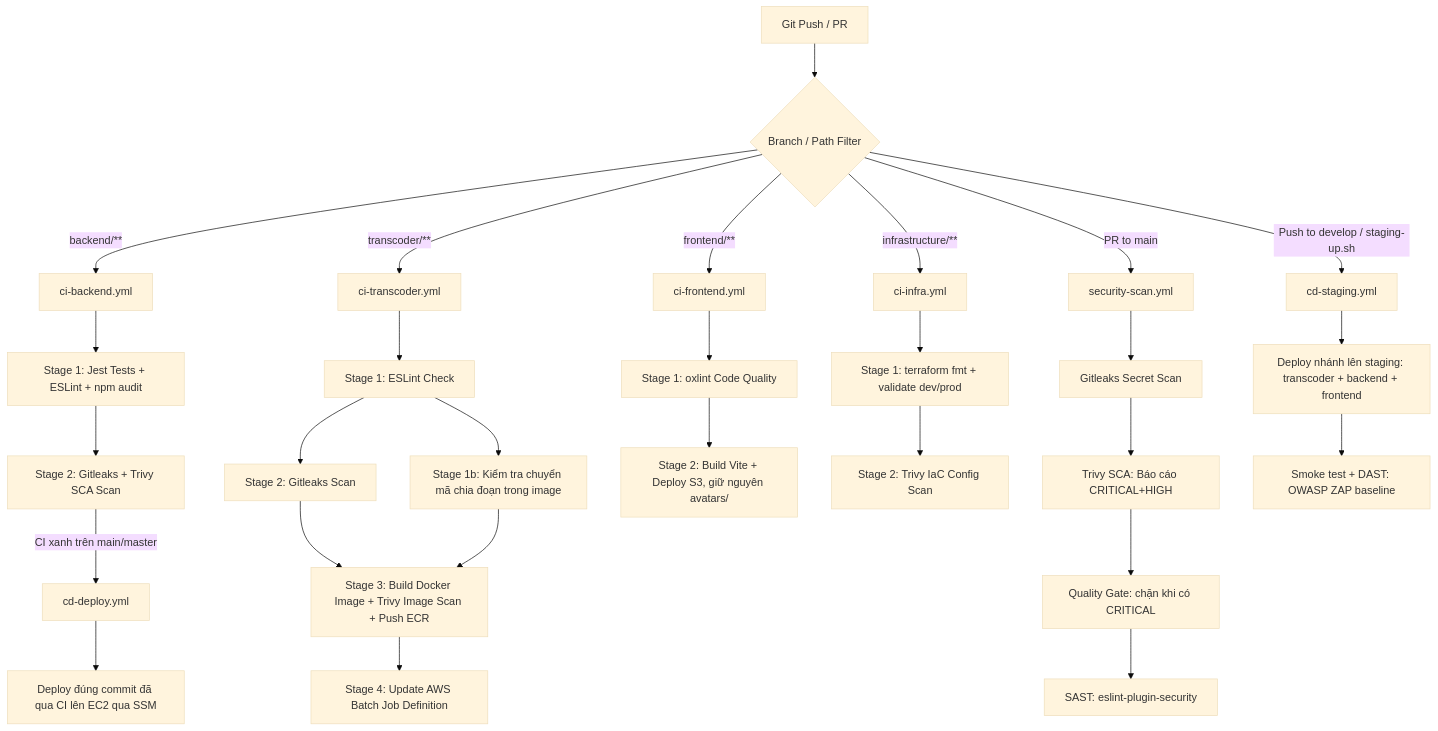
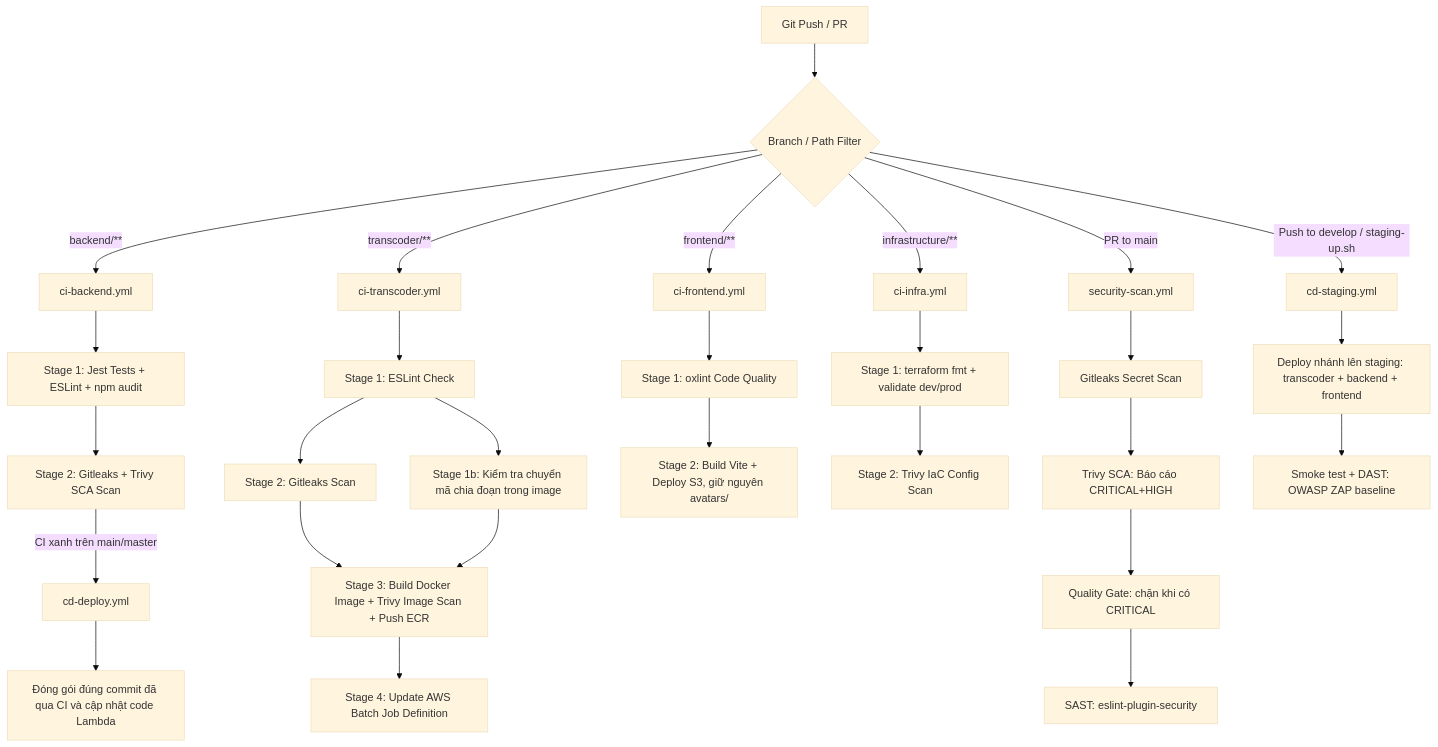
Before and after one commit to DinhQuocCuong28664/DACNTT_VideoStreaming: the second of 2 diagrams in README.md, drawn with Mermaid (base theme). The commit also changed other lines of this file, not shown here.

First line of the commit message:
docs(readme): describe the Lambda backend instead of EC2 and SSM

````diff
--- a/README.md
+++ b/README.md
@@ -176,36 +188,36 @@
 ```mermaid
 graph TD
     A[Git Push / PR] --> B{Branch / Path Filter}
     B -->|backend/**| C[ci-backend.yml]
     B -->|transcoder/**| D[ci-transcoder.yml]
     B -->|frontend/**| G[ci-frontend.yml]
     B -->|infrastructure/**| I[ci-infra.yml]
     B -->|PR to main| E[security-scan.yml]
     B -->|Push to develop / staging-up.sh| H[cd-staging.yml]
 
     C --> C1[Stage 1: Jest Tests + ESLint + npm audit]
     C1 --> C2[Stage 2: Gitleaks + Trivy SCA Scan]
     C2 -->|CI xanh trên main/master| F[cd-deploy.yml]
 
     D --> D1[Stage 1: ESLint Check]
     D1 --> D2[Stage 2: Gitleaks Scan]
     D2 --> D3[Stage 3: Build Docker Image + Trivy Image Scan + Push ECR]
     D1 --> D1b[Stage 1b: Kiểm tra chuyển mã chia đoạn trong image]
     D1b --> D3
     D3 --> D4[Stage 4: Update AWS Batch Job Definition]
 
     G --> G1[Stage 1: oxlint Code Quality]
     G1 --> G2[Stage 2: Build Vite + Deploy S3, giữ nguyên avatars/]
 
     I --> I1[Stage 1: terraform fmt + validate dev/prod]
     I1 --> I2[Stage 2: Trivy IaC Config Scan]
 
     E --> E1[Gitleaks Secret Scan]
     E1 --> E2[Trivy SCA: Báo cáo CRITICAL+HIGH]
     E2 --> E3[Quality Gate: chặn khi có CRITICAL]
     E3 --> E4[SAST: eslint-plugin-security]
 
     H --> H1[Deploy nhánh lên staging: transcoder + backend + frontend]
     H1 --> H2[Smoke test + DAST: OWASP ZAP baseline]
-    F --> F1[Deploy đúng commit đã qua CI lên EC2 qua SSM]
+    F --> F1[Đóng gói đúng commit đã qua CI và cập nhật code Lambda]
 ```
````
